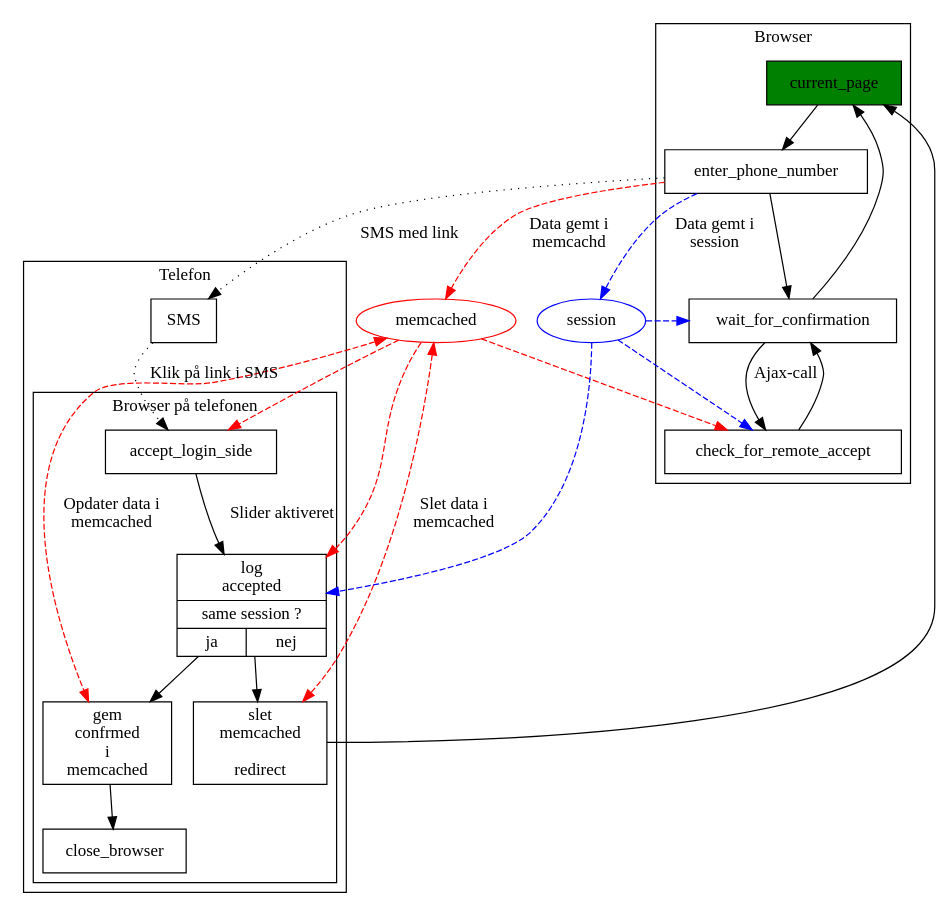
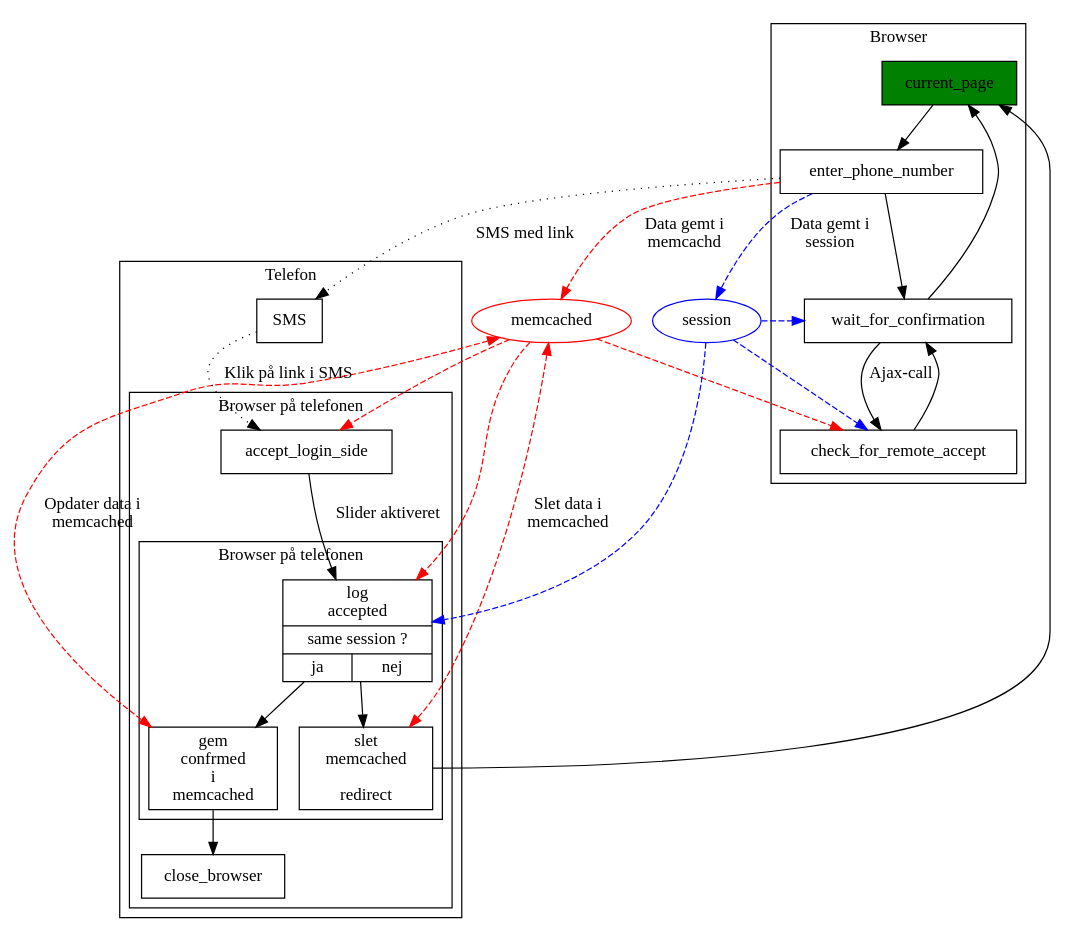
Before and after one commit to alslug/alslug.dk: the diagram in projekter/sms-login.dot, drawn with Graphviz.

```diff
--- a/projekter/sms-login.dot
+++ b/projekter/sms-login.dot
@@ -1,47 +1,49 @@
 digraph xxx {
   node [ shape=box ];
   {
     edge [ style=dashed color=red ];
     enter_phone_number -> memcached [ label="Data gemt i \nmemcachd"]; /////
                           memcached [ shape=ellipse color=red ];
                           memcached -> check_for_remote_accept;
                           memcached -> accept_login_side;
                           memcached -> login_accepted;
                           memcached -> login_accepted_ja [ label = "Slet data i \nmemcached" dir=both ];
                           memcached -> login_accepted_nej [ label = "Opdater data i \nmemcached" dir=both ];
     edge [ style=dashed color=blue ];
         enter_phone_number -> session [ label="Data gemt i \nsession"];    /////
                               session [ shape=ellipse color=blue ];
                               session -> wait_for_confirmation;
                               session -> check_for_remote_accept;
                               session -> login_accepted;
   }
   subgraph cluster_browser {
     label = "Browser";
     current_page [ style=filled fillcolor=green ];
     current_page -> enter_phone_number -> wait_for_confirmation;
                                           wait_for_confirmation -> check_for_remote_accept [ label="Ajax-call" ];
                                           wait_for_confirmation -> check_for_remote_accept [ dir=back ];
     current_page -> wait_for_confirmation [ dir=back ];
   }
   subgraph cluster_telefon {
     label = "Telefon";
     SMS;
     subgraph cluster_telefon_browser {
       label = "Browser på telefonen";
-      login_accepted [ shape=record label="{log \n accepted | same session ?|{ <ja> ja | <nej> nej }}" ];
-      login_accepted_ja  [ label="slet \n memcached \n \n redirect"  ];
-      login_accepted_nej [ label="gem \n confrmed \n i \n memcached" ];
+      subgraph cluster_telefon_browser_accept {
+        login_accepted [ shape=record label="{log \n accepted | same session ?|{ <ja> ja | <nej> nej }}" ];
+        login_accepted_ja  [ label="slet \n memcached \n \n redirect"  ];
+        login_accepted_nej [ label="gem \n confrmed \n i \n memcached" ];
+      }
       accept_login_side -> login_accepted [ label="Slider aktiveret" ];
                            login_accepted -> login_accepted_ja;
                            login_accepted -> login_accepted_nej;
       current_page -> login_accepted_ja [ dir=back ];
                       login_accepted_nej -> close_browser;
     }
   }
   {
     edge [ style= dotted ];
     enter_phone_number -> SMS [ label="SMS med link"];
     SMS -> accept_login_side [ label="Klik på link i SMS" ];
   }
 }
```
